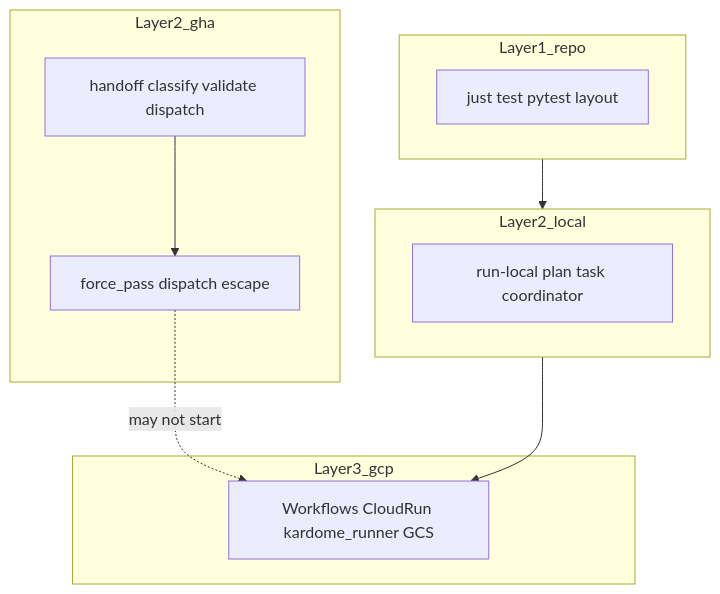
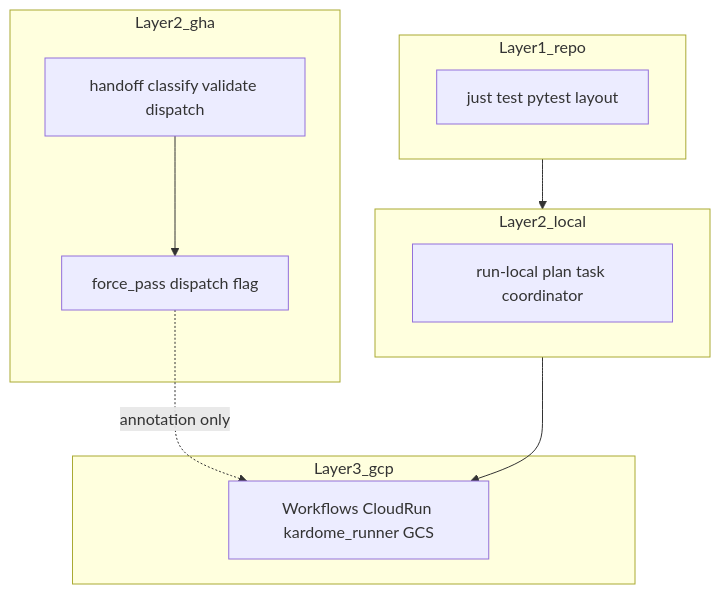
The diagram in docs/bmt-pipeline-signal.md (klugman-yanai/bmt-gate-sandbox), drawn with Mermaid before and after one commit. The commit also changed other lines of this file and 18 other files, not shown here.

First line of the commit message:
feat(runtime): full force_pass legs and Cloud Run log links on failures

````diff
--- a/docs/bmt-pipeline-signal.md
+++ b/docs/bmt-pipeline-signal.md
@@ -15,20 +15,20 @@
 ```mermaid
 flowchart TB
   subgraph layer1 [Layer1_repo]
     A[just test pytest layout]
   end
   subgraph layer2 [Layer2_local]
     B[run-local plan task coordinator]
   end
   subgraph layer2b [Layer2_gha]
     C[handoff classify validate dispatch]
-    D[force_pass dispatch escape]
+    D[force_pass dispatch flag]
   end
   subgraph layer3 [Layer3_gcp]
     E[Workflows CloudRun kardome_runner GCS]
   end
   layer1 --> layer2
   layer2 --> E
   C --> D
-  D -.->|may not start| E
+  D -.->|annotation only| E
 ```
````
